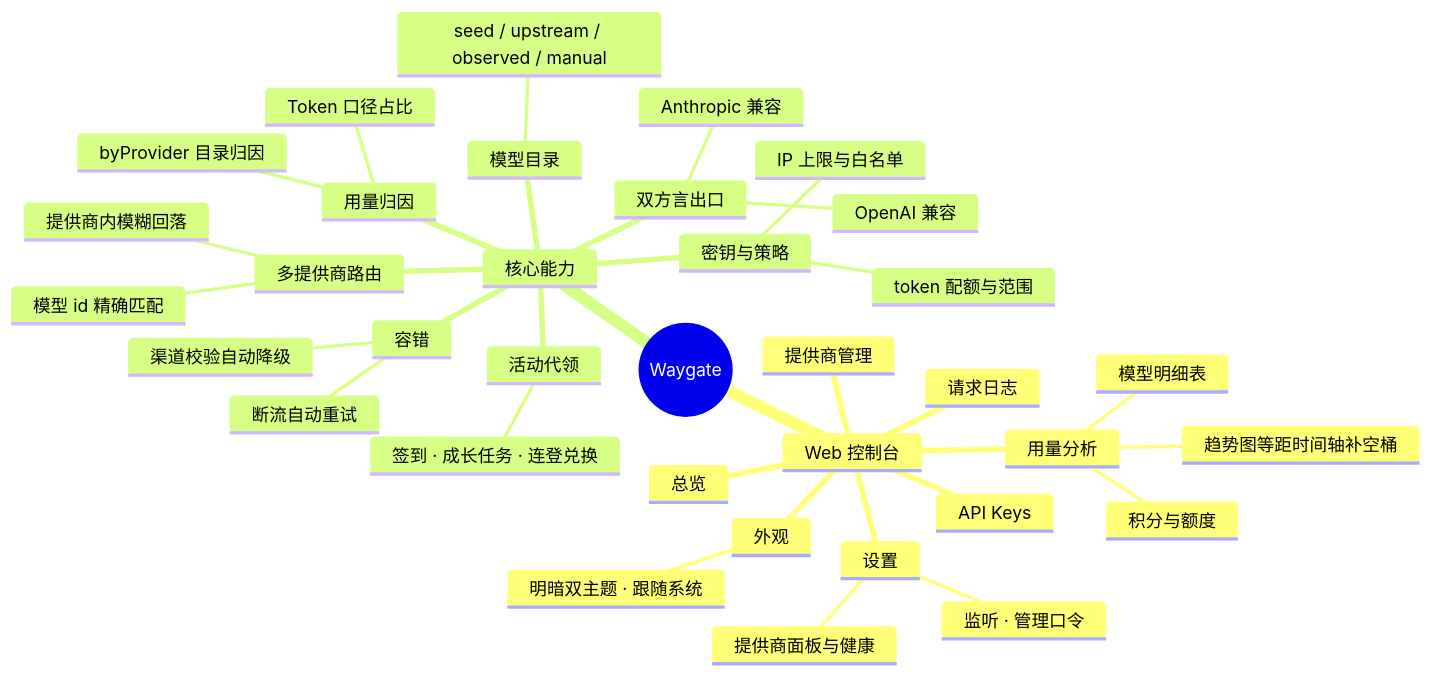
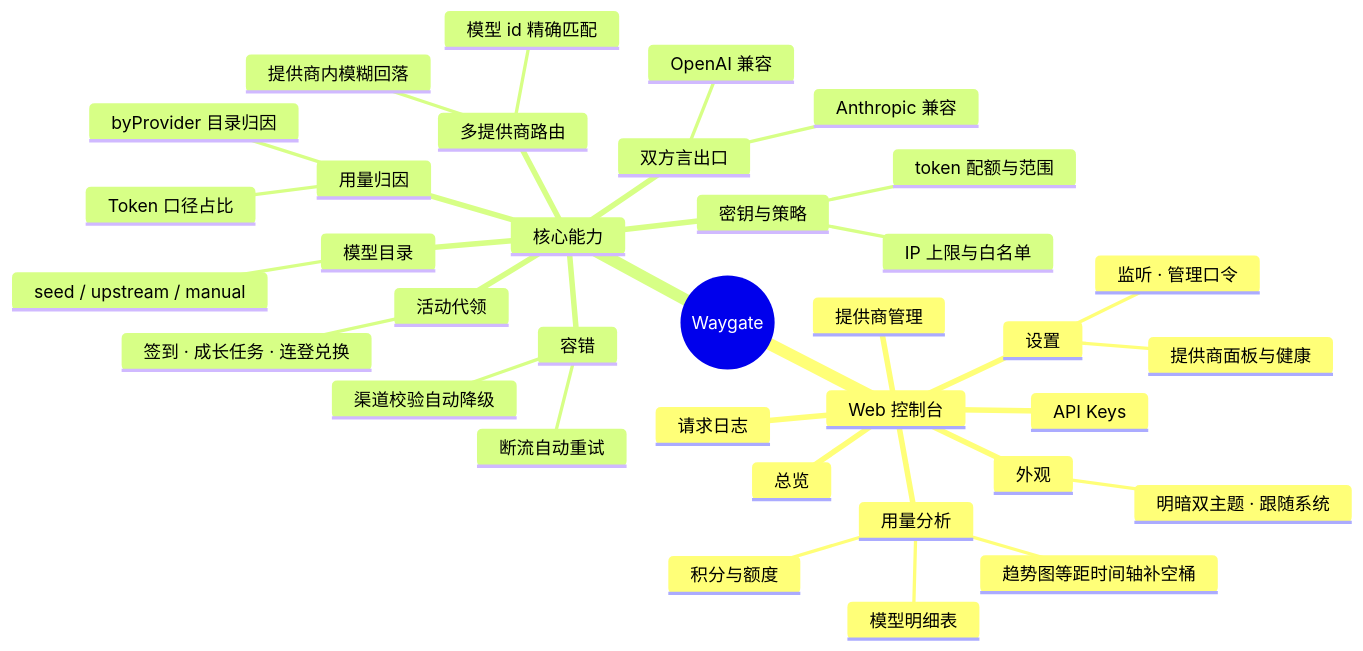
One commit to zhanghaojie513/waygate-open changed the second of 2 diagrams in README.md. Above: the diagram before and after it, drawn with Mermaid. The commit also changed other lines of this file and 16 other files, not shown here.

First line of the commit message:
fix(v1.10.2): 同步私有仓 v1.10.1–v1.10.2（概览 tooltip / 热力图 / 账号卡 / README 对齐）

````diff
--- a/README.md
+++ b/README.md
@@ -300,38 +300,38 @@
 ```mermaid
 mindmap
   root((Waygate))
     Web 控制台
       总览
       用量分析
         趋势图等距时间轴补空桶
         模型明细表
         积分与额度
       提供商管理
       API Keys
       请求日志
       设置
         提供商面板与健康
         监听 · 管理口令
       外观
         明暗双主题 · 跟随系统
     核心能力
       双方言出口
         OpenAI 兼容
         Anthropic 兼容
       多提供商路由
         模型 id 精确匹配
         提供商内模糊回落
       模型目录
-        seed / upstream / observed / manual
+        seed / upstream / manual
       密钥与策略
         IP 上限与白名单
         token 配额与范围
       用量归因
         Token 口径占比
         byProvider 目录归因
       活动代领
         签到 · 成长任务 · 连登兑换
       容错
         断流自动重试
         渠道校验自动降级
 ```
````
